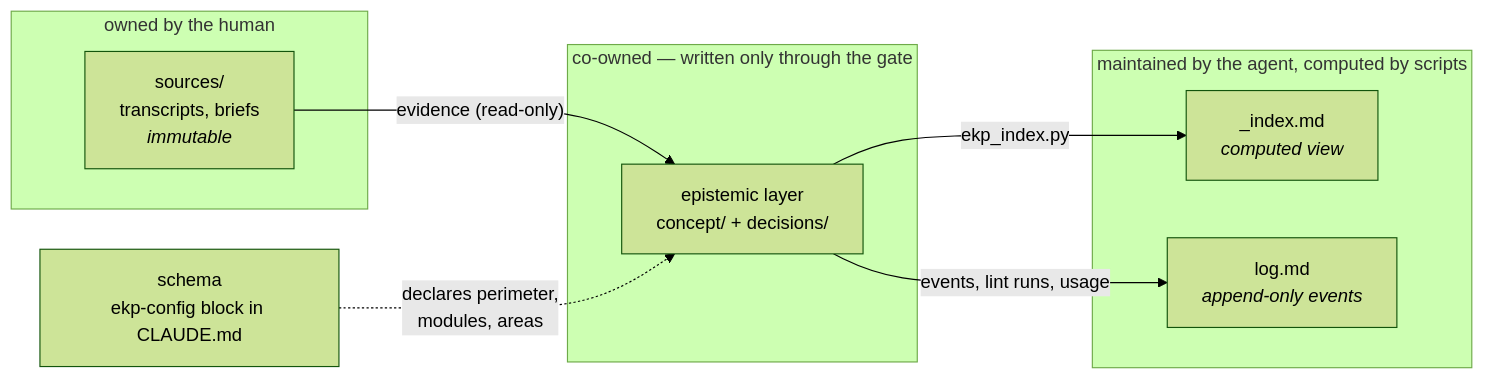
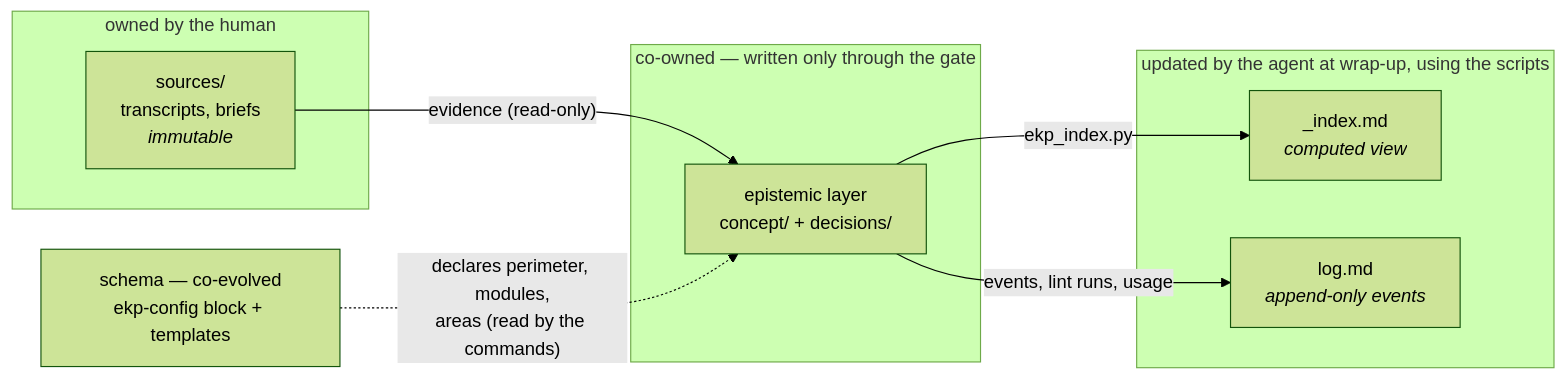
The first of 3 diagrams in README.md (AhUhmm/epistemic-knowledge-profile), drawn with Mermaid (forest theme) before and after one commit. The commit also changed other lines of this file and 1 other file, not shown here.

First line of the commit message:
README: system-at-a-glance diagrams say who runs what

````diff
--- a/README.md
+++ b/README.md
@@ -64,18 +65,18 @@
 ```mermaid
 flowchart LR
     subgraph H["owned by the human"]
         SRC["sources/<br/>transcripts, briefs<br/><i>immutable</i>"]
     end
     subgraph C["co-owned — written only through the gate"]
         EPI["epistemic layer<br/>concept/ + decisions/"]
     end
-    subgraph A["maintained by the agent, computed by scripts"]
+    subgraph A["updated by the agent at wrap-up, using the scripts"]
         IDX["_index.md<br/><i>computed view</i>"]
         LOG["log.md<br/><i>append-only events</i>"]
     end
-    SCHEMA["schema<br/>ekp-config block in CLAUDE.md"]
+    SCHEMA["schema — co-evolved<br/>ekp-config block + templates"]
     SRC -- "evidence (read-only)" --> EPI
     EPI -- "ekp_index.py" --> IDX
     EPI -- "events, lint runs, usage" --> LOG
-    SCHEMA -. "declares perimeter,<br/>modules, areas" .-> EPI
+    SCHEMA -. "declares perimeter, modules,<br/>areas (read by the commands)" .-> EPI
 ```
````
